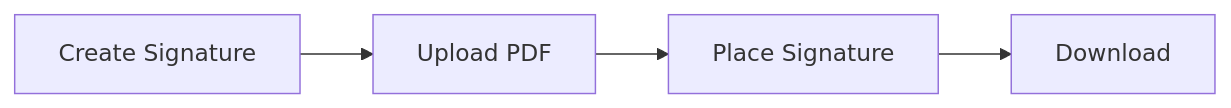
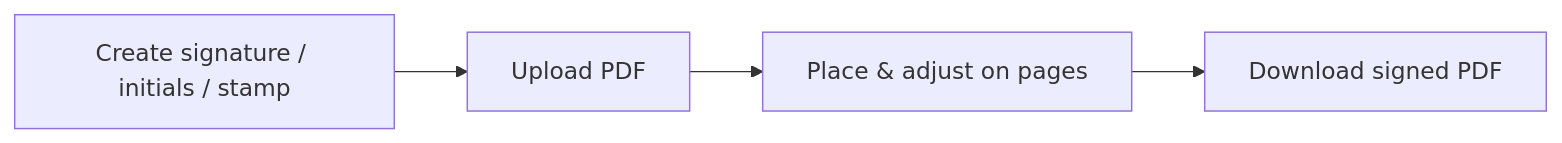
The diagram in README.md (Bros-AI/SignPDF), drawn with Mermaid before and after one commit. The commit also changed other lines of this file and 6 other files, not shown here.

````diff
--- a/README.md
+++ b/README.md
@@ -31,6 +51,6 @@
 ```mermaid
 graph LR
-    A[Create Signature] --> B[Upload PDF]
-    B --> C[Place Signature]
-    C --> D[Download]
+    A[Create signature / initials / stamp] --> B[Upload PDF]
+    B --> C[Place & adjust on pages]
+    C --> D[Download signed PDF]
 ```
````
